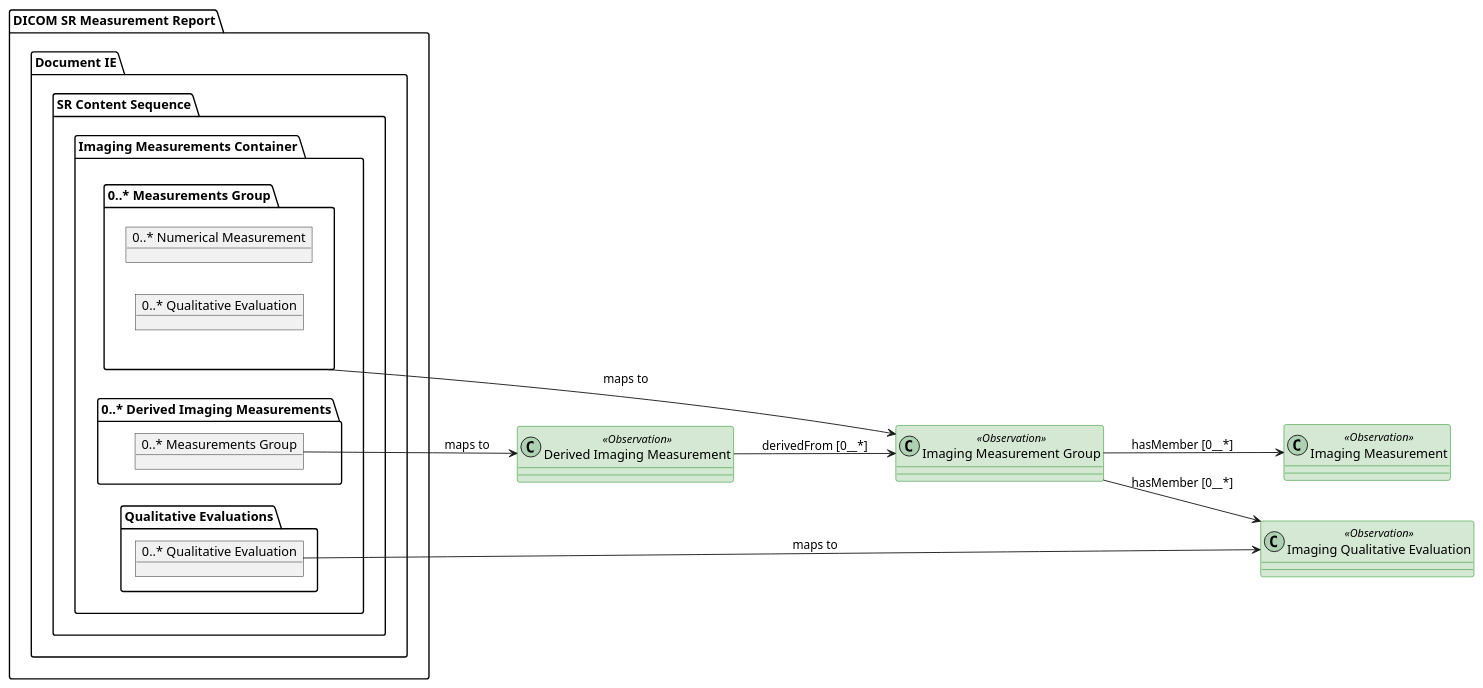
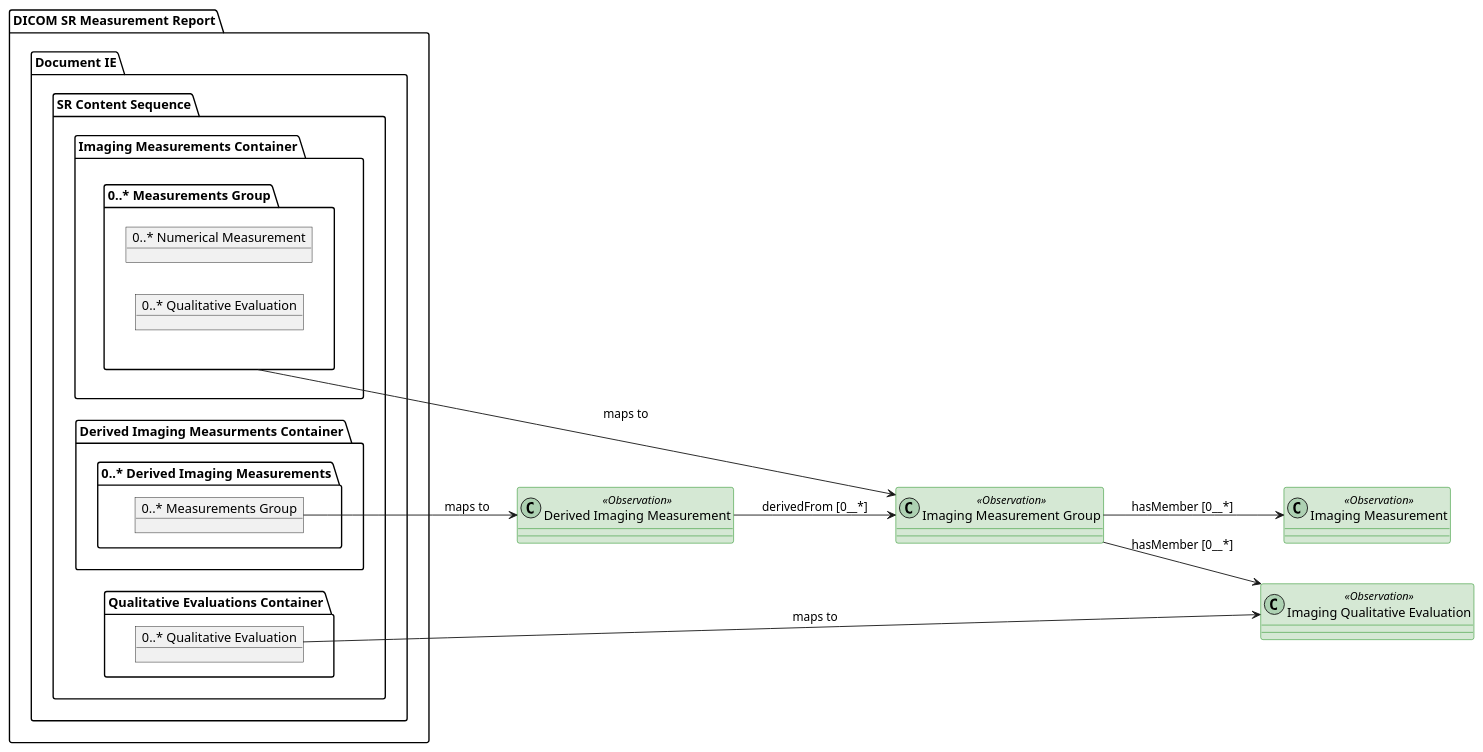
Before and after one commit to HL7/dicom-sr: the diagram in input/images-source/tid_1500_measurement_report.plantuml, drawn with PlantUML. The commit also changed 20 other files, not shown here.

Commit message:
FHIR-47943 - Added bodyStructureFindingSite to ImagingSelection-Abstract-ObservationImagingSelection.fsh - Updated mapping diagram to copy it (and other elements) from parent measurement group -- Also fixed diagrams to shift away from focus

```diff
--- a/input/images-source/tid_1500_measurement_report.plantuml
+++ b/input/images-source/tid_1500_measurement_report.plantuml
@@ -1,37 +1,39 @@
 @startuml tid_1500_measurement_report
 skinparam componentStyle rectangle
 allowmixing
 left to right direction
 
 package "DICOM SR Measurement Report" as measurementReport {
     package "Document IE" as documentIE {
         package "SR Content Sequence" as srContentSequence {
             package "Imaging Measurements Container" as imagingMeasurementsContainer {
                 package "0..* Measurements Group" as measurementsGroup {
                     object "0..* Numerical Measurement" as numericalMeasurement
                     object "0..* Qualitative Evaluation" as measurementGroupQualitativeEvaluation
                 }
+            }
+            package "Derived Imaging Measurments Container" as derivedImagingMeasurementsContainer  {
                 package "0..* Derived Imaging Measurements" as derivedImagingMeasurements {
                     object "0..* Measurements Group" as derivedMeasurementsGroup
                 }
-                package "Qualitative Evaluations" as qualitativeEvaluations {
-                    object "0..* Qualitative Evaluation" as qualitativeEvaluation
-                }
+            }
+            package "Qualitative Evaluations Container" as imagingQualitativeEvaluationsContainer {
+                object "0..* Qualitative Evaluation" as qualitativeEvaluation
             }
         }
     }
 }
 
 class "Imaging Measurement Group" as ImagingMeasurementGroup <<Observation>> #d5e8d4 ##green
 class "Imaging Measurement" as ImagingMeasurement <<Observation>> #d5e8d4 ##green
 class "Derived Imaging Measurement" as DerivedImagingMeasurement <<Observation>> #d5e8d4 ##green
 class "Imaging Qualitative Evaluation" as ImagingQualitativeEvaluation <<Observation>> #d5e8d4 ##green
 
 measurementsGroup -> ImagingMeasurementGroup : maps to
 derivedMeasurementsGroup --> DerivedImagingMeasurement : maps to
 qualitativeEvaluation --> ImagingQualitativeEvaluation : maps to
 
 ImagingMeasurementGroup --> ImagingMeasurement : hasMember [0__*]
 ImagingMeasurementGroup --> ImagingQualitativeEvaluation : hasMember [0__*]
 DerivedImagingMeasurement --> ImagingMeasurementGroup : derivedFrom [0__*]
 @enduml
```
